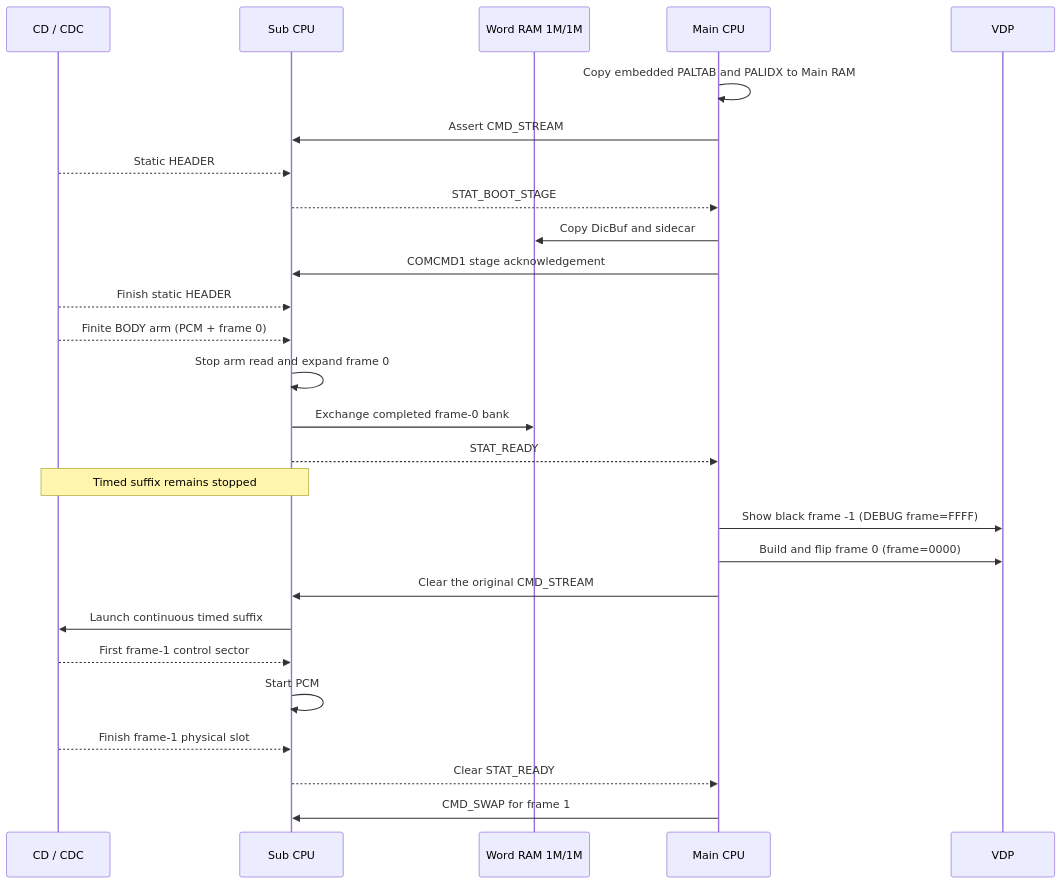
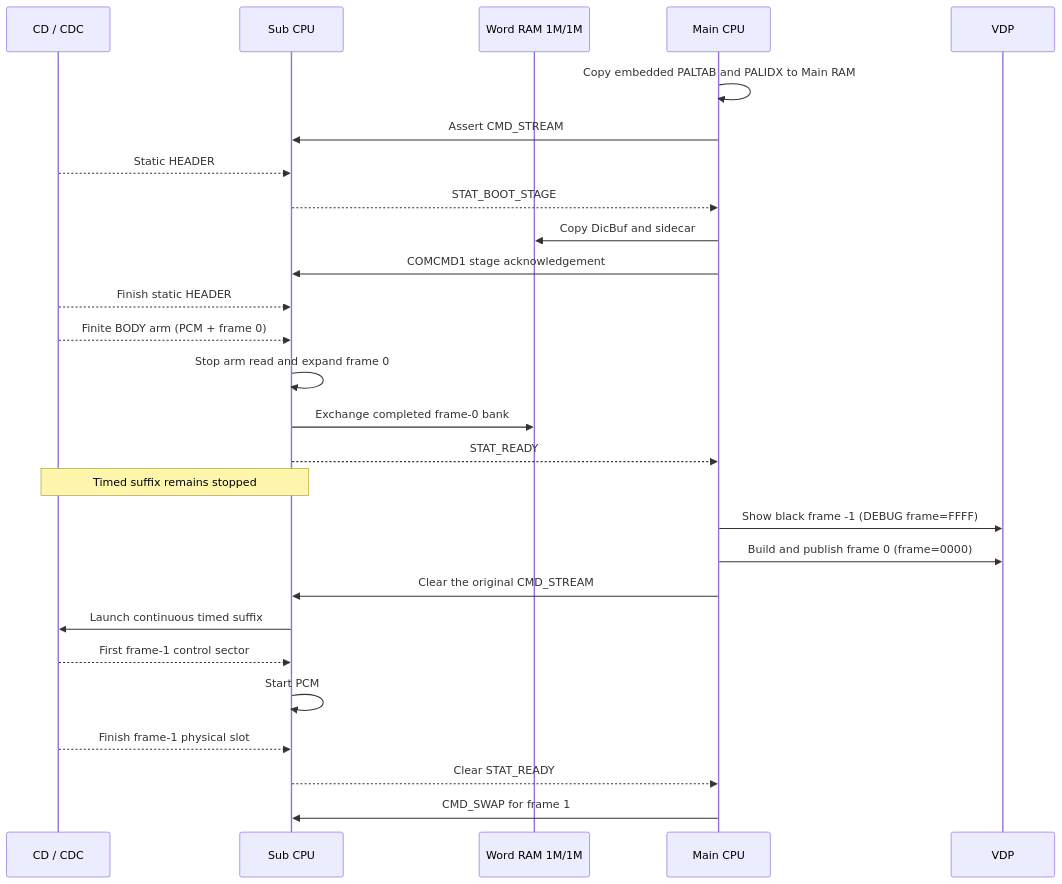
Before and after one commit to akiyan/segacd-fmv-cavc: the first of 4 diagrams in PLAYER.md, drawn with Mermaid. The commit also changed other lines of this file and 8 other files, not shown here.

````diff
--- a/PLAYER.md
+++ b/PLAYER.md
@@ -241,30 +266,30 @@
 ```mermaid
 sequenceDiagram
     participant CD as CD / CDC
     participant S as Sub CPU
     participant W as Word RAM 1M/1M
     participant M as Main CPU
     participant V as VDP
 
     M->>M: Copy embedded PALTAB and PALIDX to Main RAM
     M->>S: Assert CMD_STREAM
     CD-->>S: Static HEADER
     S-->>M: STAT_BOOT_STAGE
     M->>W: Copy DicBuf and sidecar
     M->>S: COMCMD1 stage acknowledgement
     CD-->>S: Finish static HEADER
     CD-->>S: Finite BODY arm (PCM + frame 0)
     S->>S: Stop arm read and expand frame 0
     S->>W: Exchange completed frame-0 bank
     S-->>M: STAT_READY
     Note over S,CD: Timed suffix remains stopped
     M->>V: Show black frame -1 (DEBUG frame=FFFF)
-    M->>V: Build and flip frame 0 (frame=0000)
+    M->>V: Build and publish frame 0 (frame=0000)
     M->>S: Clear the original CMD_STREAM
     S->>CD: Launch continuous timed suffix
     CD-->>S: First frame-1 control sector
     S->>S: Start PCM
     CD-->>S: Finish frame-1 physical slot
     S-->>M: Clear STAT_READY
     M->>S: CMD_SWAP for frame 1
 ```
````
